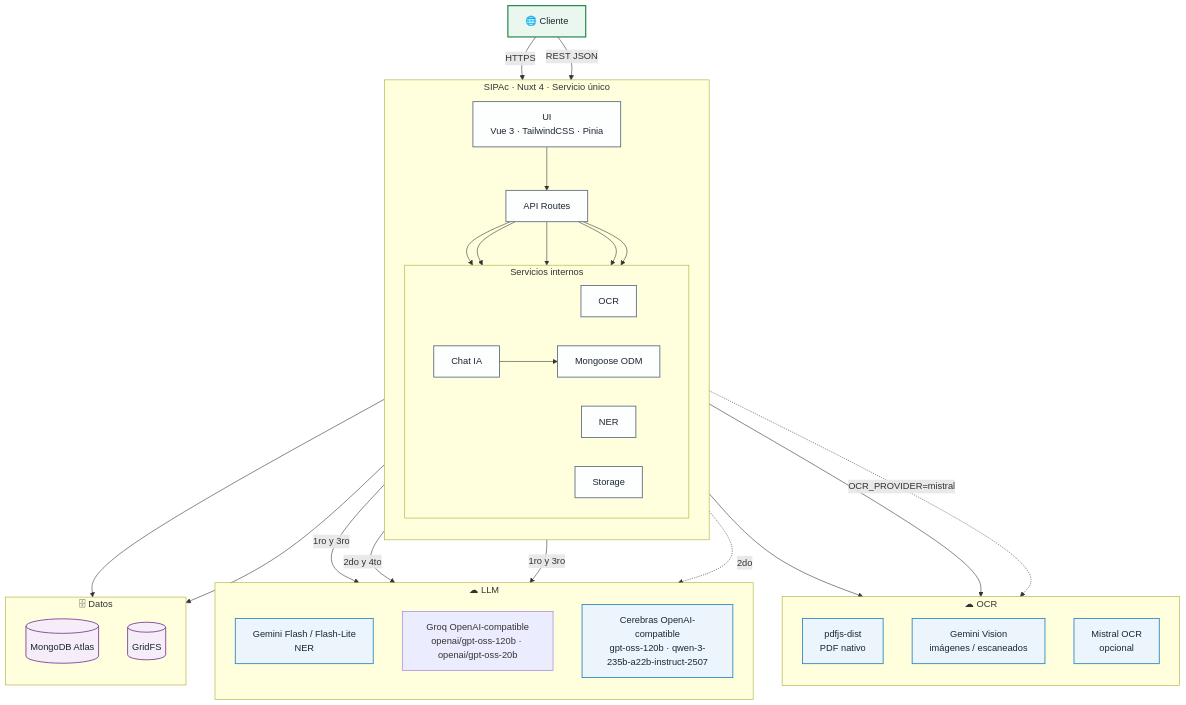
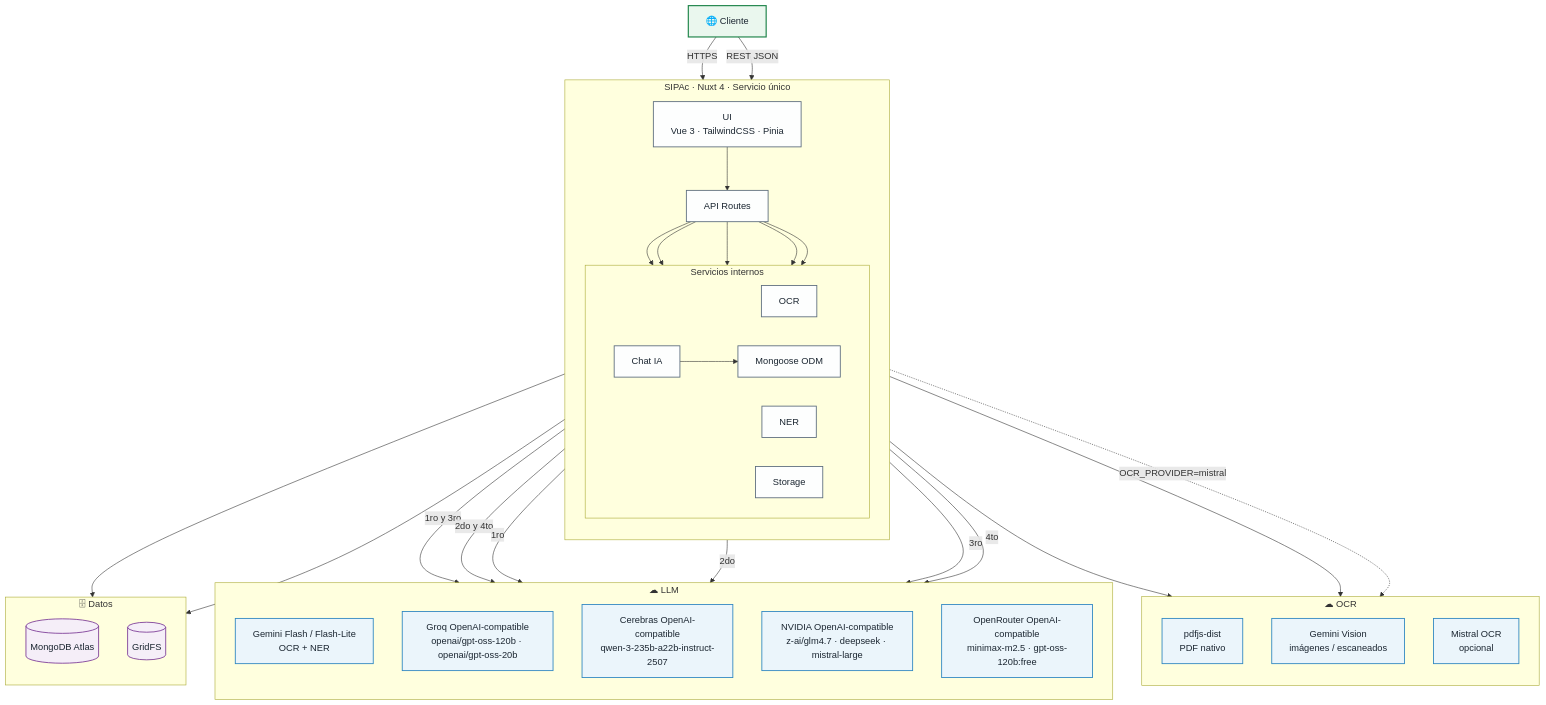
One commit to KarloZ7715/SIPAc changed the first of 2 diagrams in docs/analisis-diseno/documentacion/03-arquitectura-tecnica.md. Above: the diagram before and after it, drawn with Mermaid. The commit also changed other lines of this file and 3 other files, not shown here.

````diff
--- a/docs/analisis-diseno/documentacion/03-arquitectura-tecnica.md
+++ b/docs/analisis-diseno/documentacion/03-arquitectura-tecnica.md
@@ -32,72 +33,76 @@
 ```mermaid
 flowchart TB
   Browser["🌐 Cliente"]
 
   subgraph SIPAc["SIPAc · Nuxt 4 · Servicio único"]
     direction TB
     UI["UI<br/>Vue 3 · TailwindCSS · Pinia"]
     API["API Routes"]
 
     subgraph Services["Servicios internos"]
       direction LR
       OCR["OCR"]
       NER["NER"]
       Chat["Chat IA"]
       Storage["Storage"]
       ODM["Mongoose ODM"]
     end
   end
 
   subgraph OCRProviders["☁ OCR"]
     direction TB
     Pdfjs["pdfjs-dist<br/>PDF nativo"]
     GeminiVision["Gemini Vision<br/>imágenes / escaneados"]
     Mistral["Mistral OCR<br/>opcional"]
   end
 
   subgraph LLMProviders["☁ LLM"]
     direction TB
-    Gemini["Gemini Flash / Flash-Lite<br/>NER"]
+    Gemini["Gemini Flash / Flash-Lite<br/>OCR + NER"]
     Groq["Groq OpenAI-compatible<br/>openai/gpt-oss-120b · openai/gpt-oss-20b"]
-    Cerebras["Cerebras OpenAI-compatible<br/>gpt-oss-120b · qwen-3-235b-a22b-instruct-2507"]
+    Cerebras["Cerebras OpenAI-compatible<br/>qwen-3-235b-a22b-instruct-2507"]
+    Nvidia["NVIDIA OpenAI-compatible<br/>z-ai/glm4.7 · deepseek · mistral-large"]
+    OpenRouter["OpenRouter OpenAI-compatible<br/>minimax-m2.5 · gpt-oss-120b:free"]
   end
 
   subgraph Data["🗄 Datos"]
     direction TB
     MongoDB[(MongoDB Atlas)]
     GridFS[(GridFS)]
   end
 
   Browser -->|HTTPS| UI
   Browser -->|REST JSON| API
   UI --> API
 
   API --> OCR
   API --> NER
   API --> Chat
   API --> Storage
   API --> ODM
 
   OCR --> Pdfjs
   OCR --> GeminiVision
   OCR -.->|OCR_PROVIDER=mistral| Mistral
 
   NER -->|1ro y 3ro| Gemini
   NER -->|2do y 4to| Groq
-  Chat -->|1ro y 3ro| Cerebras
-  Chat -.->|2do| Gemini
+  Chat -->|1ro| Cerebras
+  Chat -->|2do| Nvidia
+  Chat -->|3ro| OpenRouter
+  Chat -->|4to| Groq
   Chat --> ODM
 
   ODM --> MongoDB
   Storage --> GridFS
 
   classDef browserNode fill:#EAF7EE,stroke:#1E8449,color:#1B2631,stroke-width:2px
   classDef appNode fill:#FDFEFE,stroke:#5D6D7E,color:#1B2631,stroke-width:1.5px
   classDef providerNode fill:#EBF5FB,stroke:#2E86C1,color:#1B2631,stroke-width:1.5px
   classDef dbNode fill:#F5EEF8,stroke:#7D3C98,color:#1B2631,stroke-width:1.5px
 
   class Browser browserNode
   class UI,API,OCR,NER,Chat,Storage,ODM appNode
-  class Pdfjs,GeminiVision,Mistral,Cerebras,Gemini providerNode
+  class Pdfjs,GeminiVision,Mistral,Cerebras,Gemini,Groq,Nvidia,OpenRouter providerNode
   class MongoDB,GridFS dbNode
 ```
````
